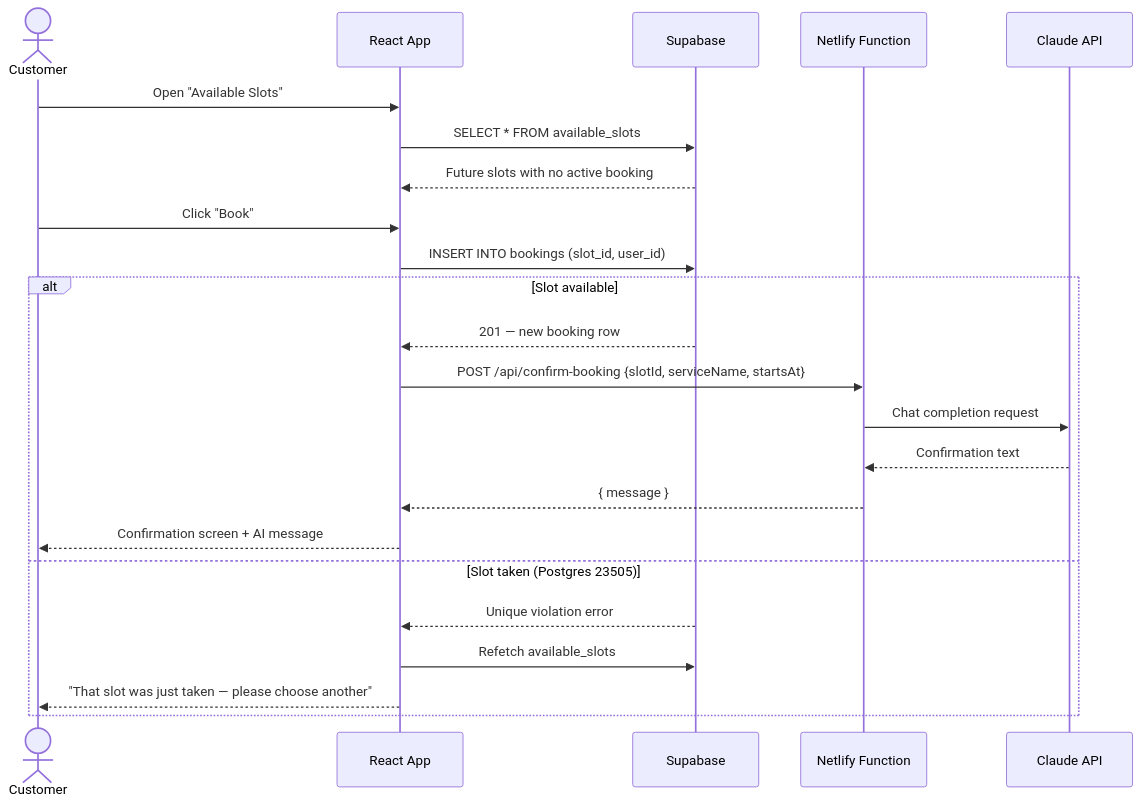
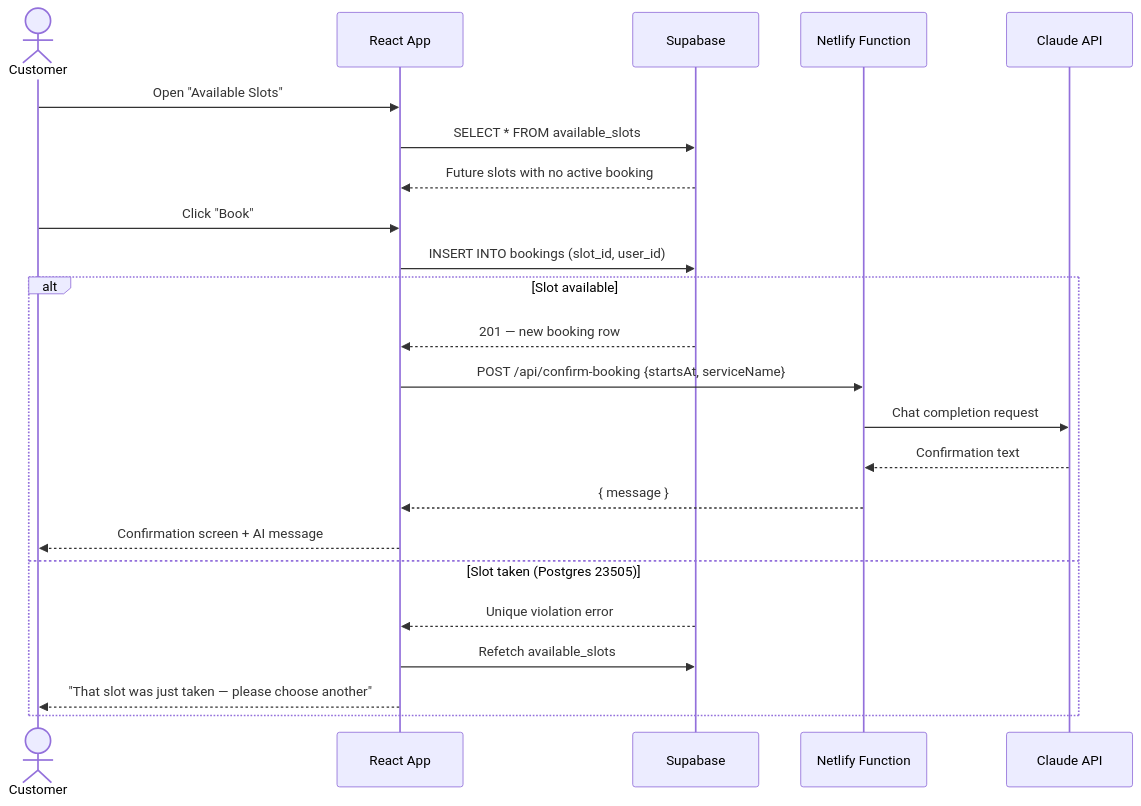
The third of 4 diagrams in docs/architecture.md (james-jhnsn/treadslot-booking-app), drawn with Mermaid before and after one commit. The commit also changed other lines of this file and 1 other file, not shown here.

Commit message:
Fix architecture diagram accuracy and mark test checklist complete

````diff
--- a/docs/architecture.md
+++ b/docs/architecture.md
@@ -79,27 +78,27 @@
 ```mermaid
 sequenceDiagram
     actor C as Customer
     participant FE as React App
     participant SB as Supabase
     participant NF as Netlify Function
     participant AI as Claude API
 
     C->>FE: Open "Available Slots"
     FE->>SB: SELECT * FROM available_slots
     SB-->>FE: Future slots with no active booking
 
     C->>FE: Click "Book"
     FE->>SB: INSERT INTO bookings (slot_id, user_id)
     alt Slot available
         SB-->>FE: 201 — new booking row
-        FE->>NF: POST /api/confirm-booking {slotId, serviceName, startsAt}
+        FE->>NF: POST /api/confirm-booking {startsAt, serviceName}
         NF->>AI: Chat completion request
         AI-->>NF: Confirmation text
         NF-->>FE: { message }
         FE-->>C: Confirmation screen + AI message
     else Slot taken (Postgres 23505)
         SB-->>FE: Unique violation error
         FE->>SB: Refetch available_slots
         FE-->>C: "That slot was just taken — please choose another"
     end
 ```
````
